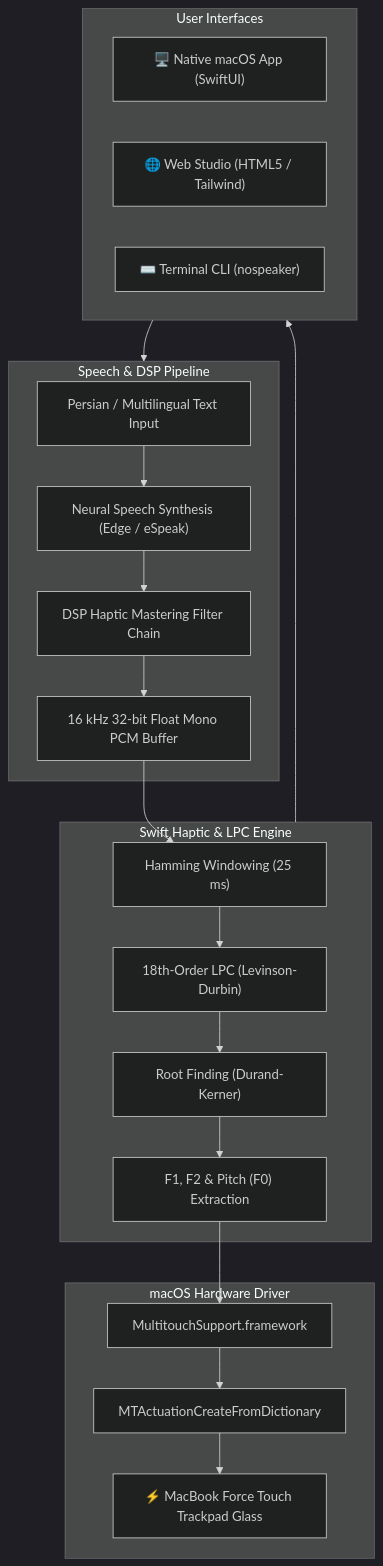
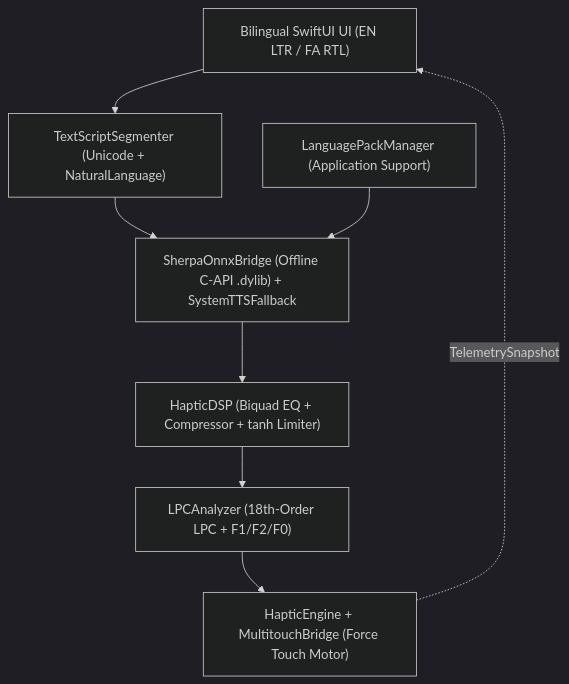
One commit to hosseinMsh/TapticVoice changed the diagram in README.md. Above: the diagram before and after it, drawn with Mermaid (dark theme). The commit also changed other lines of this file and 57 other files, not shown here.

First line of the commit message:
feat!: refactor to offline multi-language MacBook app (v0.2.0)

````diff
--- a/README.md
+++ b/README.md
@@ -81,30 +76,10 @@
 ```mermaid
-flowchart TD
-    subgraph UI ["User Interfaces"]
-        NativeApp["🖥️ Native macOS App (SwiftUI)"]
-        WebPanel["🌐 Web Studio (HTML5 / Tailwind)"]
-        CLI["⌨️ Terminal CLI (nospeaker)"]
-    end
-
-    subgraph SpeechCore ["Speech & DSP Pipeline"]
-        Text["Persian / Multilingual Text Input"] --> TTS["Neural Speech Synthesis (Edge / eSpeak)"]
-        TTS --> DSP["DSP Haptic Mastering Filter Chain"]
-        DSP --> Audio16k["16 kHz 32-bit Float Mono PCM Buffer"]
-    end
-
-    subgraph AnalysisEngine ["Swift Haptic & LPC Engine"]
-        Audio16k --> Hamming["Hamming Windowing (25 ms)"]
-        Hamming --> Levinson["18th-Order LPC (Levinson-Durbin)"]
-        Levinson --> Roots["Root Finding (Durand-Kerner)"]
-        Roots --> Formants["F1, F2 & Pitch (F0) Extraction"]
-    end
-
-    subgraph HardwareActuation ["macOS Hardware Driver"]
-        Formants --> MTS["MultitouchSupport.framework"]
-        MTS --> Actuator["MTActuationCreateFromDictionary"]
-        Actuator --> Glass["⚡ MacBook Force Touch Trackpad Glass"]
-    end
-
-    UI --> SpeechCore
-    AnalysisEngine --> UI
+flowchart TB
+    UI["Bilingual SwiftUI UI (EN LTR / FA RTL)"] --> Seg["TextScriptSegmenter (Unicode + NaturalLanguage)"]
+    Seg --> TTS["SherpaOnnxBridge (Offline C-API .dylib) + SystemTTSFallback"]
+    Packs["LanguagePackManager (Application Support)"] --> TTS
+    TTS --> DSP["HapticDSP (Biquad EQ + Compressor + tanh Limiter)"]
+    DSP --> LPC["LPCAnalyzer (18th-Order LPC + F1/F2/F0)"]
+    LPC --> Haptic["HapticEngine + MultitouchBridge (Force Touch Motor)"]
+    Haptic -. "TelemetrySnapshot" .-> UI
 ```
````
